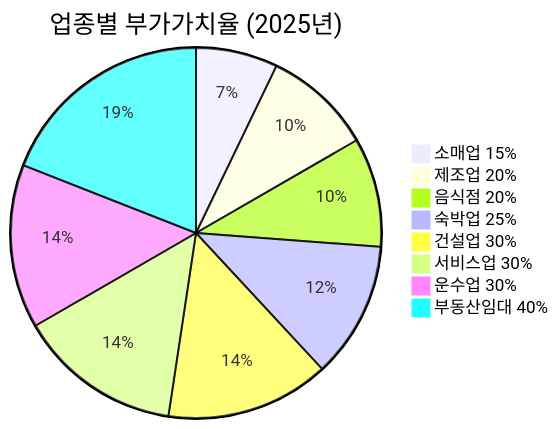
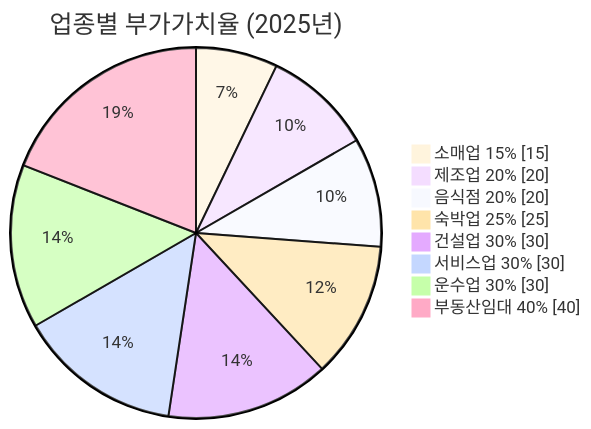
Before and after one commit to Z-3000/fina_r: the eighth of 18 diagrams in docs/세금로직_플로우차트.md, drawn with Mermaid. The commit also changed other lines of this file, not shown here.

````diff
--- a/docs/세금로직_플로우차트.md
+++ b/docs/세금로직_플로우차트.md
@@ -305,11 +330,13 @@
 ```mermaid
-pie title 업종별 부가가치율 (2025년)
+%%{init: {'theme': 'base'}}%%
+pie showData
+    title 업종별 부가가치율 (2025년)
     "소매업 15%" : 15
     "제조업 20%" : 20
     "음식점 20%" : 20
     "숙박업 25%" : 25
     "건설업 30%" : 30
     "서비스업 30%" : 30
     "운수업 30%" : 30
     "부동산임대 40%" : 40
 ```
````
